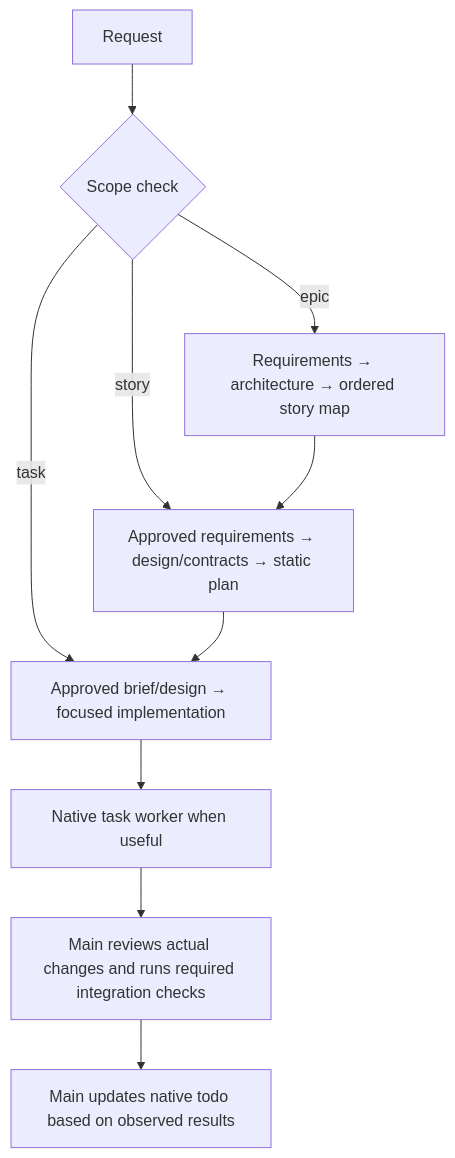
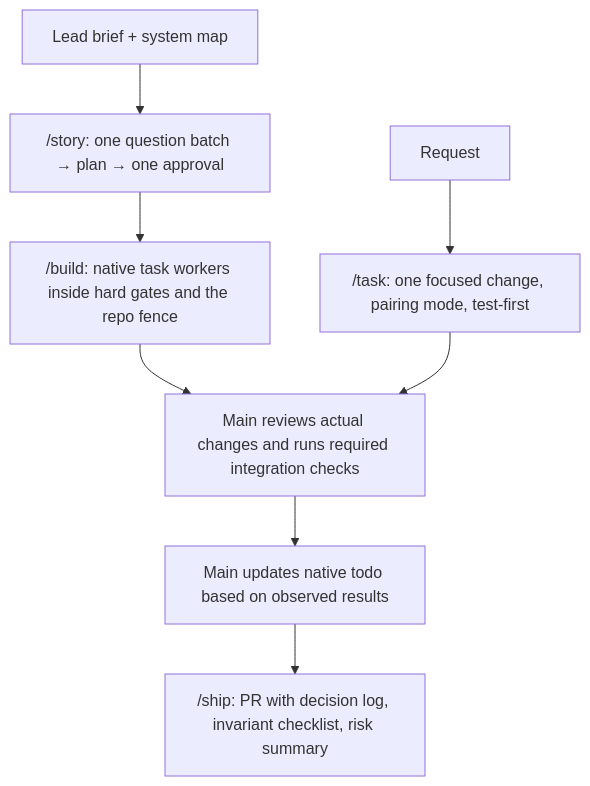
The diagram in README.md (tung-dnt/agent-skills), drawn with Mermaid before and after one commit. The commit also changed other lines of this file and 15 other files, not shown here.

````diff
--- a/README.md
+++ b/README.md
@@ -71,12 +69,10 @@
 ```mermaid
 flowchart TD
-    R[Request] --> SC{Scope check}
-    SC -->|epic| E[Requirements → architecture → ordered story map]
-    SC -->|story| S[Approved requirements → design/contracts → static plan]
-    SC -->|task| T[Approved brief/design → focused implementation]
-    E --> S
-    S --> T
-    T --> W[Native task worker when useful]
-    W --> I[Main reviews actual changes and runs required integration checks]
+    L["Lead brief + system map"] --> S["/story: one question batch → plan → one approval"]
+    S --> B["/build: native task workers inside hard gates and the repo fence"]
+    R[Request] --> T["/task: one focused change, pairing mode, test-first"]
+    B --> I[Main reviews actual changes and runs required integration checks]
+    T --> I
     I --> D[Main updates native todo based on observed results]
+    D --> P["/ship: PR with decision log, invariant checklist, risk summary"]
 ```
````
